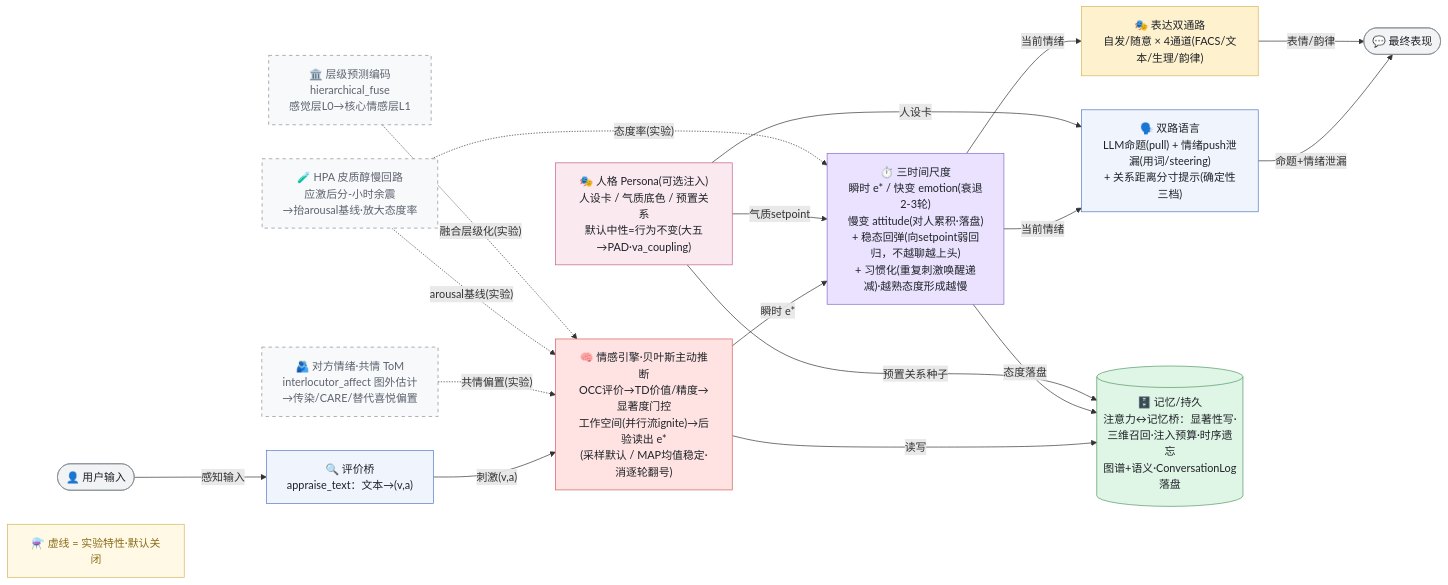
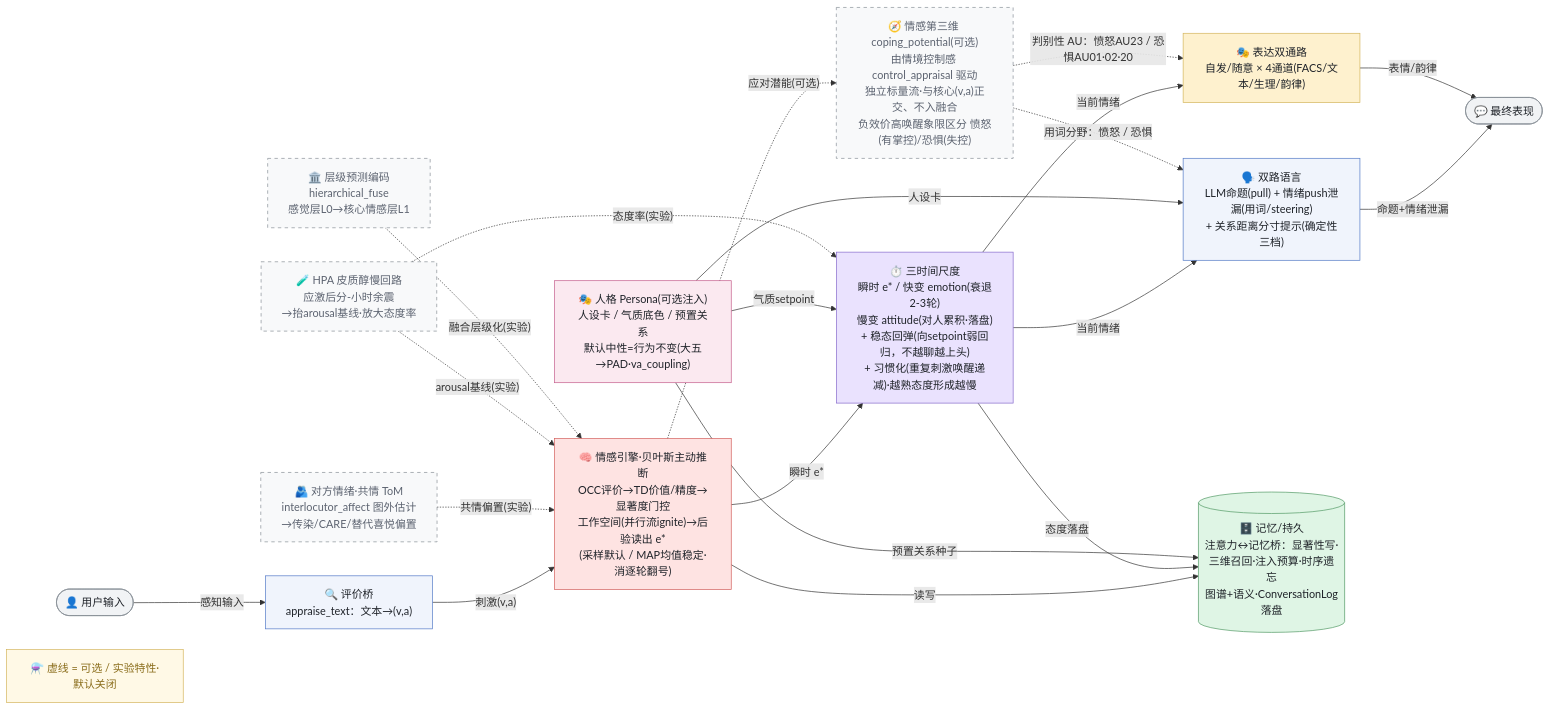
The diagram in docs/v2/framework-current.mmd (WizardHeHeJun/Zero), drawn with Mermaid before and after one commit. The commit also changed 19 other files, not shown here.

First line of the commit message:
docs: 全量文档对齐 —— README 对外口径 + 图集 9→11 张 + 四处源码注释订正

```diff
--- a/docs/v2/framework-current.mmd
+++ b/docs/v2/framework-current.mmd
@@ -1,44 +1,48 @@
 flowchart LR
   user(["👤 用户输入"]):::terminal
   appraise["🔍 评价桥<br/>appraise_text：文本→(v,a)"]:::appraise
   engine["🧠 情感引擎·贝叶斯主动推断<br/>OCC评价→TD价值/精度→显著度门控<br/>工作空间(并行流ignite)→后验读出 e*<br/>(采样默认 / MAP均值稳定·消逐轮翻号)"]:::engine
   timescales["⏱️ 三时间尺度<br/>瞬时 e* / 快变 emotion(衰退2-3轮)<br/>慢变 attitude(对人累积·落盘)<br/>+ 稳态回弹(向setpoint弱回归，不越聊越上头)<br/>+ 习惯化(重复刺激唤醒递减)·越熟态度形成越慢"]:::timescale
   language["🗣️ 双路语言<br/>LLM命题(pull) + 情绪push泄漏(用词/steering)<br/>+ 关系距离分寸提示(确定性三档)"]:::language
   expression["🎭 表达双通路<br/>自发/随意 × 4通道(FACS/文本/生理/韵律)"]:::expression
   persona["🎭 人格 Persona(可选注入)<br/>人设卡 / 气质底色 / 预置关系<br/>默认中性=行为不变(大五→PAD·va_coupling)"]:::persona
   memory[("🗄️ 记忆/持久<br/>注意力↔记忆桥：显著性写·三维召回·注入预算·时序遗忘<br/>图谱+语义·ConversationLog落盘")]:::memory
   output(["💬 最终表现"]):::terminal
 
+  coping["🧭 情感第三维 coping_potential(可选)<br/>由情境控制感 control_appraisal 驱动<br/>独立标量流·与核心(v,a)正交、不入融合<br/>负效价高唤醒象限区分 愤怒(有掌控)/恐惧(失控)"]:::experimental
   tom["🫂 对方情绪·共情 ToM<br/>interlocutor_affect 图外估计<br/>→传染/CARE/替代喜悦偏置"]:::experimental
   hpa["🧪 HPA 皮质醇慢回路<br/>应激后分-小时余震<br/>→抬arousal基线·放大态度率"]:::experimental
   hpc["🏛️ 层级预测编码<br/>hierarchical_fuse<br/>感觉层L0→核心情感层L1"]:::experimental
-  expnote["⚗️ 虚线 = 实验特性·默认关闭"]:::expnote
+  expnote["⚗️ 虚线 = 可选 / 实验特性·默认关闭"]:::expnote
 
   user -->|"感知输入"| appraise
   appraise -->|"刺激(v,a)"| engine
   engine -->|"瞬时 e*"| timescales
   timescales -->|"当前情绪"| language
   timescales -->|"当前情绪"| expression
   language -->|"命题+情绪泄漏"| output
   expression -->|"表情/韵律"| output
   engine -->|"读写"| memory
   timescales -->|"态度落盘"| memory
   persona -->|"人设卡"| language
   persona -->|"气质setpoint"| timescales
   persona -->|"预置关系种子"| memory
 
+  engine -.->|"应对潜能(可选)"| coping
+  coping -.->|"判别性 AU：愤怒AU23 / 恐惧AU01·02·20"| expression
+  coping -.->|"用词分野：愤怒 / 恐惧"| language
   tom -.->|"共情偏置(实验)"| engine
   hpa -.->|"arousal基线(实验)"| engine
   hpa -.->|"态度率(实验)"| timescales
   hpc -.->|"融合层级化(实验)"| engine
 
   classDef terminal fill:#F1F3F5,stroke:#868E96,color:#1F2329
   classDef appraise fill:#F0F4FC,stroke:#5178C6,color:#1F2329
   classDef engine fill:#FEE3E2,stroke:#D25D5A,color:#1F2329
   classDef timescale fill:#EAE2FE,stroke:#8569CB,color:#1F2329
   classDef language fill:#F0F4FC,stroke:#5178C6,color:#1F2329
   classDef expression fill:#FEF1CE,stroke:#D4B45B,color:#1F2329
   classDef memory fill:#DFF5E5,stroke:#509863,color:#1F2329
   classDef persona fill:#FBE9F0,stroke:#C45D8B,color:#1F2329
   classDef experimental fill:#F8F9FA,stroke:#868E96,stroke-dasharray:5 5,color:#5C6370
   classDef expnote fill:#FFF9E6,stroke:#D4B45B,color:#8A6D1B
```
